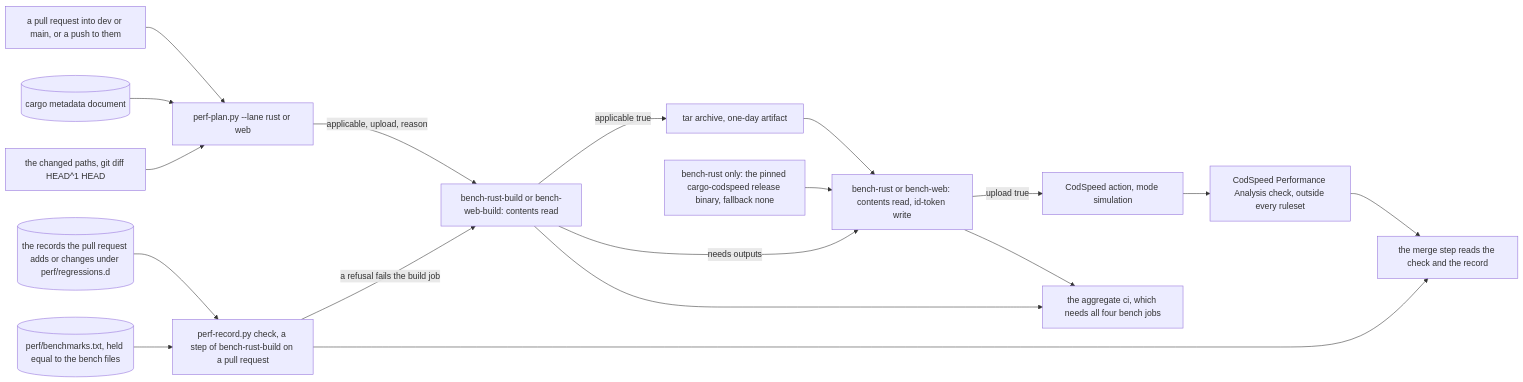
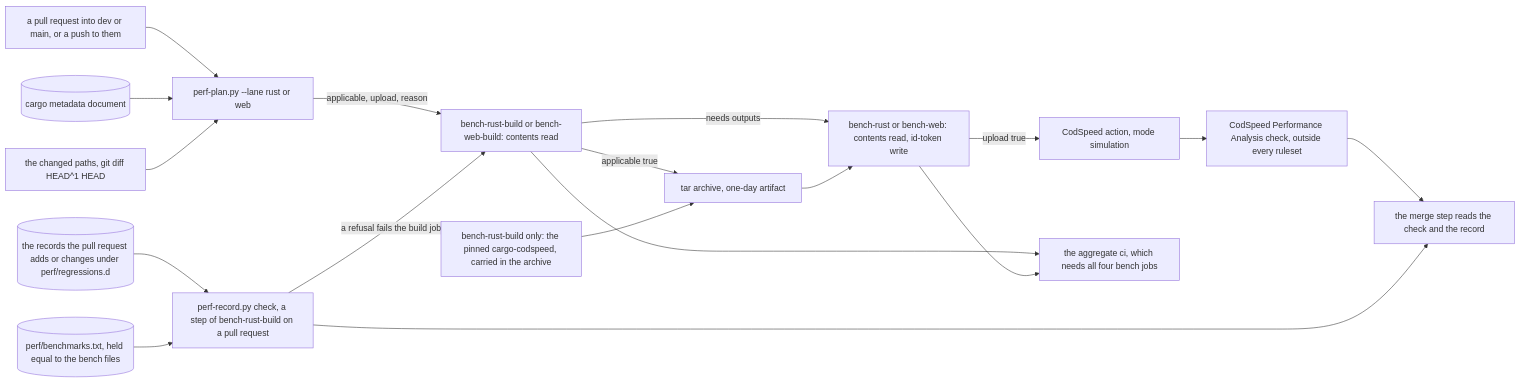
Before and after one commit to RexRenatus/deck-streak: the diagram in docs/schematics/codspeed-benches.md, drawn with Mermaid. The commit also changed other lines of this file and 2 other files, not shown here.

Commit message:
docs(perf): carry cargo-codspeed in the rust bench archive

````diff
--- a/docs/schematics/codspeed-benches.md
+++ b/docs/schematics/codspeed-benches.md
@@ -11,20 +11,20 @@
 ```mermaid
 flowchart LR
   run["a pull request into dev or main, or a push to them"] --> plan["perf-plan.py --lane rust or web"]
   meta[("cargo metadata document")] --> plan
   diff["the changed paths, git diff HEAD^1 HEAD"] --> plan
   plan -->|"applicable, upload, reason"| build["bench-rust-build or bench-web-build: contents read"]
   build -->|"applicable true"| archive["tar archive, one-day artifact"]
   build -->|"needs outputs"| upload["bench-rust or bench-web: contents read, id-token write"]
   archive --> upload
-  tool["bench-rust only: the pinned cargo-codspeed release binary, fallback none"] --> upload
+  tool["bench-rust-build only: the pinned cargo-codspeed, carried in the archive"] --> archive
   upload -->|"upload true"| action["CodSpeed action, mode simulation"]
   action --> check["CodSpeed Performance Analysis check, outside every ruleset"]
   record[("the records the pull request adds or changes under perf/regressions.d")] --> rec["perf-record.py check, a step of bench-rust-build on a pull request"]
   names[("perf/benchmarks.txt, held equal to the bench files")] --> rec
   rec -->|"a refusal fails the build job"| build
   build --> ci["the aggregate ci, which needs all four bench jobs"]
   upload --> ci
   check --> merge["the merge step reads the check and the record"]
   rec --> merge
 ```
````
